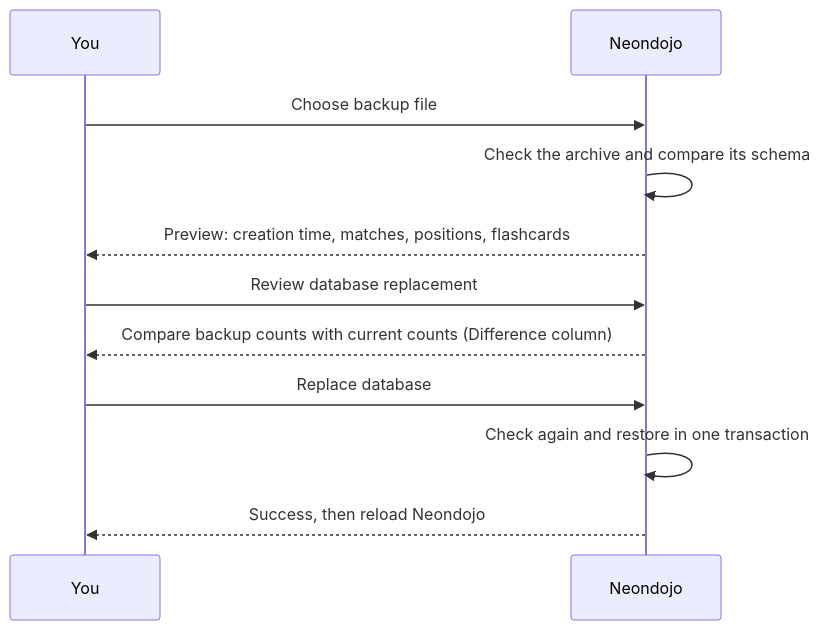
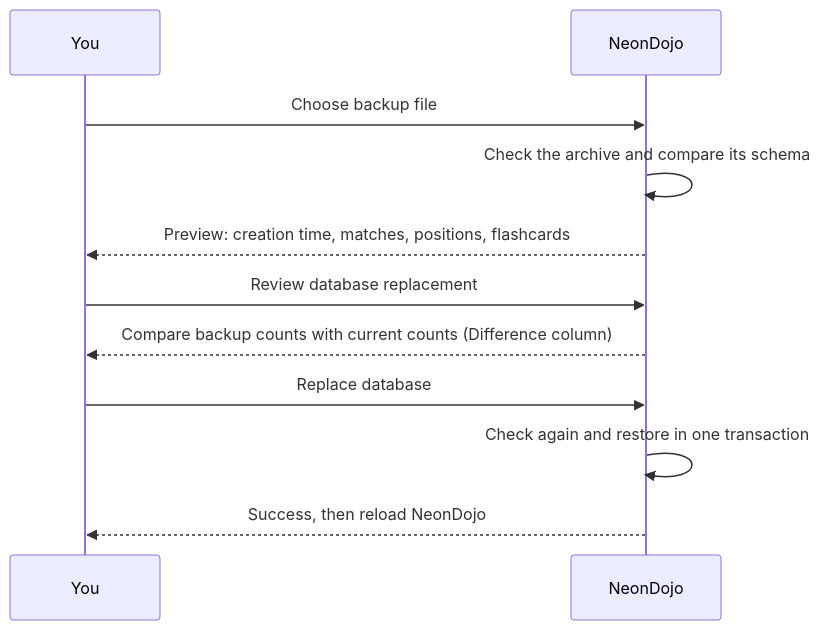
One commit to HendrikReh/neondojo changed the sixth of 7 diagrams in docs/user-guide/README.md. Above: the diagram before and after it, drawn with Mermaid. The commit also changed other lines of this file and 28 other files, not shown here.

First line of the commit message:
Spell the product name NeonDojo in the documentation

````diff
--- a/docs/user-guide/README.md
+++ b/docs/user-guide/README.md
@@ -651,13 +651,13 @@
 ```mermaid
 sequenceDiagram
   participant U as You
-  participant B as Neondojo
+  participant B as NeonDojo
   U->>B: Choose backup file
   B->>B: Check the archive and compare its schema
   B-->>U: Preview: creation time, matches, positions, flashcards
   U->>B: Review database replacement
   B-->>U: Compare backup counts with current counts (Difference column)
   U->>B: Replace database
   B->>B: Check again and restore in one transaction
-  B-->>U: Success, then reload Neondojo
+  B-->>U: Success, then reload NeonDojo
 ```
````
